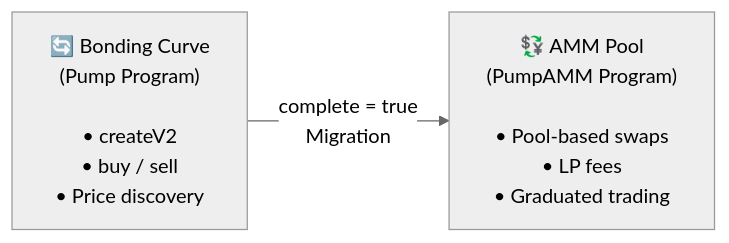
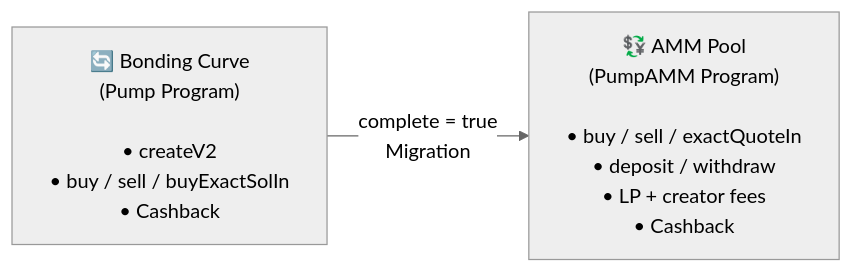
The diagram in docs/architecture.md (nirholas/pump-fun-sdk), drawn with Mermaid (neutral theme) before and after one commit. The commit also changed other lines of this file and 7 other files, not shown here.

Commit message:
docs: add analytics section to architecture, update remaining files

````diff
--- a/docs/architecture.md
+++ b/docs/architecture.md
@@ -88,6 +89,6 @@
 ```mermaid
 flowchart LR
-  A["🔄 Bonding Curve\n(Pump Program)\n\n• createV2\n• buy / sell\n• Price discovery"]
-  B["💱 AMM Pool\n(PumpAMM Program)\n\n• Pool-based swaps\n• LP fees\n• Graduated trading"]
+  A["🔄 Bonding Curve\n(Pump Program)\n\n• createV2\n• buy / sell / buyExactSolIn\n• Cashback"]
+  B["💱 AMM Pool\n(PumpAMM Program)\n\n• buy / sell / exactQuoteIn\n• deposit / withdraw\n• LP + creator fees\n• Cashback"]
   A -- "complete = true\nMigration" --> B
 ```
````
